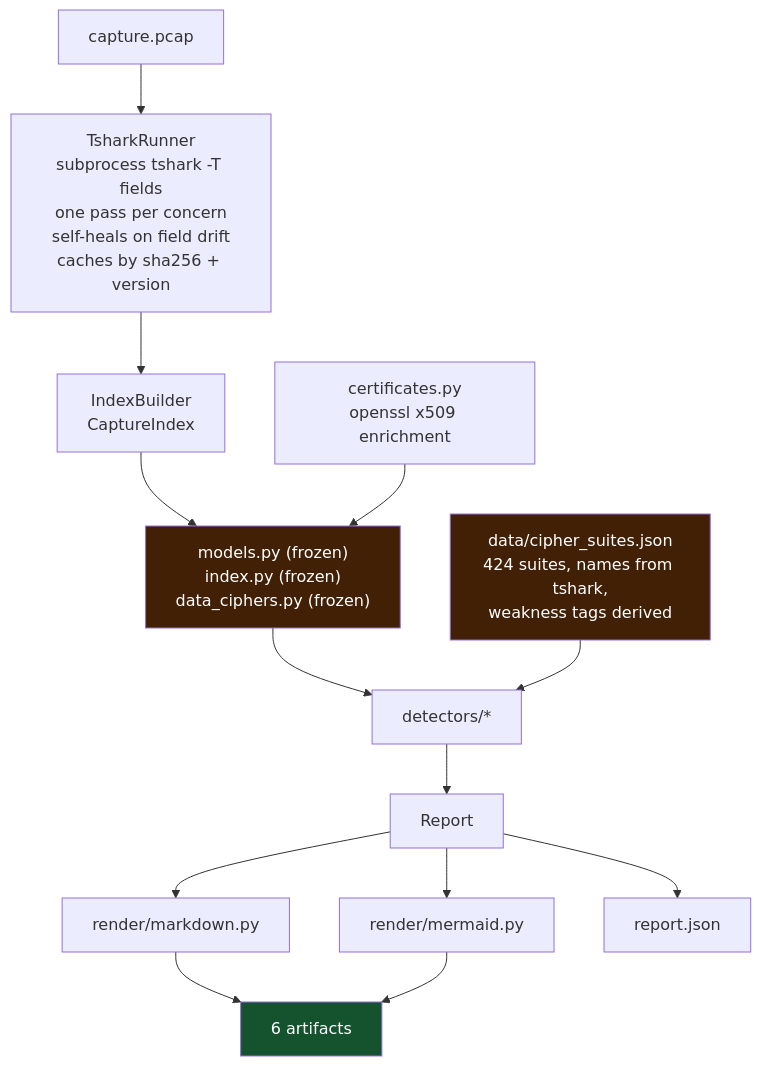
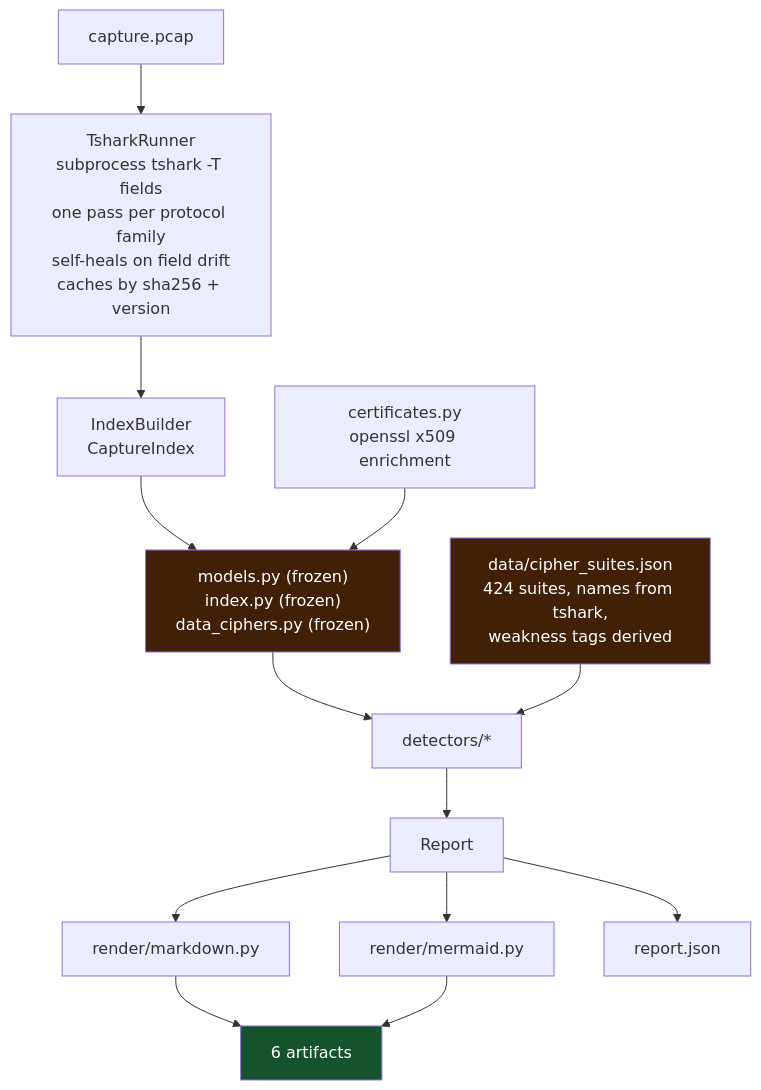
The third of 4 diagrams in README.md (Vaibhav91one/pcap-forensics), drawn with Mermaid before and after one commit. The commit also changed other lines of this file and 5 other files, not shown here.

````diff
--- a/README.md
+++ b/README.md
@@ -185,17 +227,17 @@
 ```mermaid
 flowchart TD
-  cap["capture.pcap"] --> runner["TsharkRunner<br/>subprocess tshark -T fields<br/>one pass per concern<br/>self-heals on field drift<br/>caches by sha256 + version"]
+  cap["capture.pcap"] --> runner["TsharkRunner<br/>subprocess tshark -T fields<br/>one pass per protocol family<br/>self-heals on field drift<br/>caches by sha256 + version"]
   runner --> idx["IndexBuilder<br/>CaptureIndex"]
   idx --> core["models.py (frozen)<br/>index.py (frozen)<br/>data_ciphers.py (frozen)"]
   core --> dets["detectors/*"]
   dets --> rep["Report"]
   reg["data/cipher_suites.json<br/>424 suites, names from tshark,<br/>weakness tags derived"] --> dets
   cert["certificates.py<br/>openssl x509 enrichment"] --> core
   rep --> md["render/markdown.py"]
   rep --> mm["render/mermaid.py"]
   md & mm --> files["6 artifacts"]
   rep --> js["report.json"]
   style core fill:#422006,color:#fff
   style reg fill:#422006,color:#fff
   style files fill:#14532d,color:#fff
 ```
````
